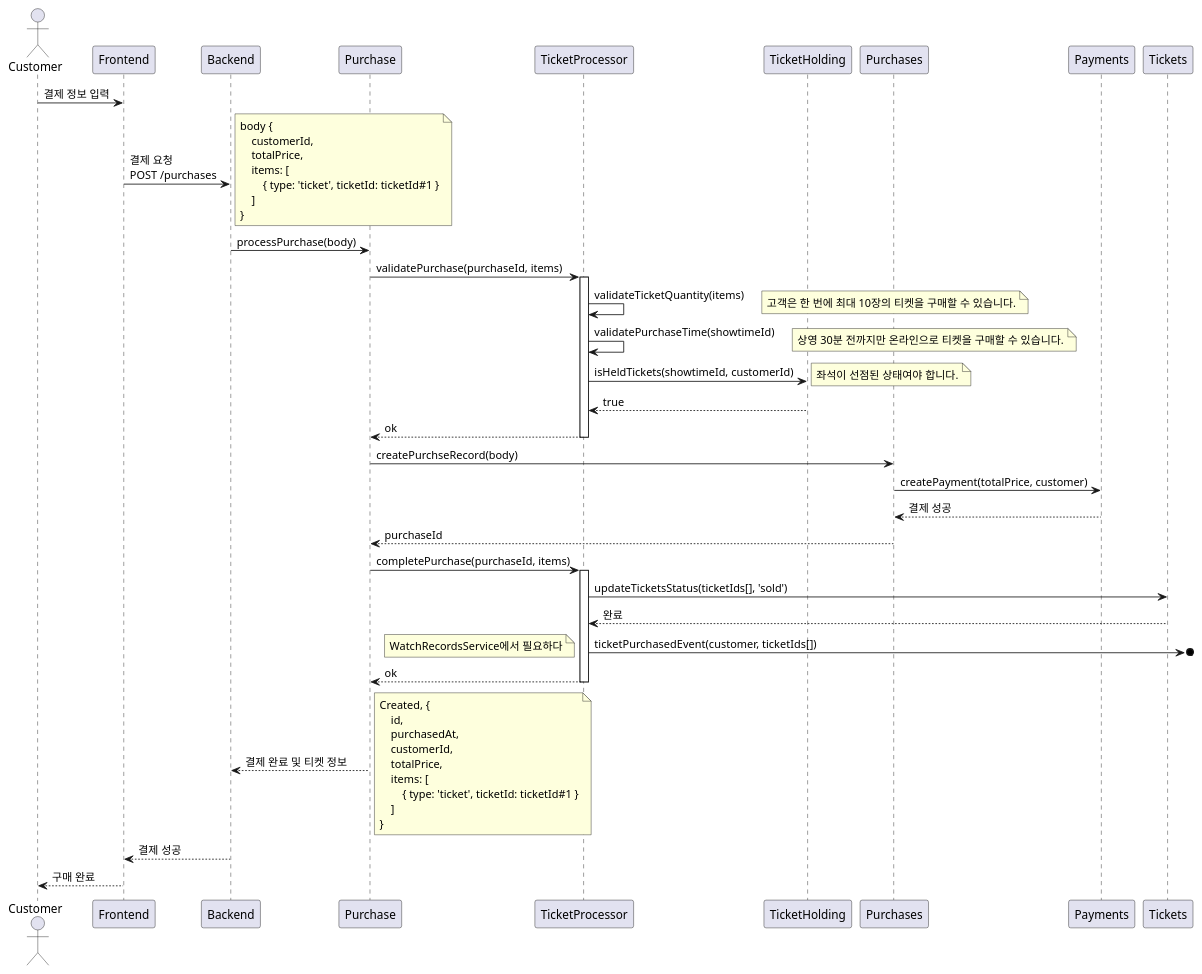
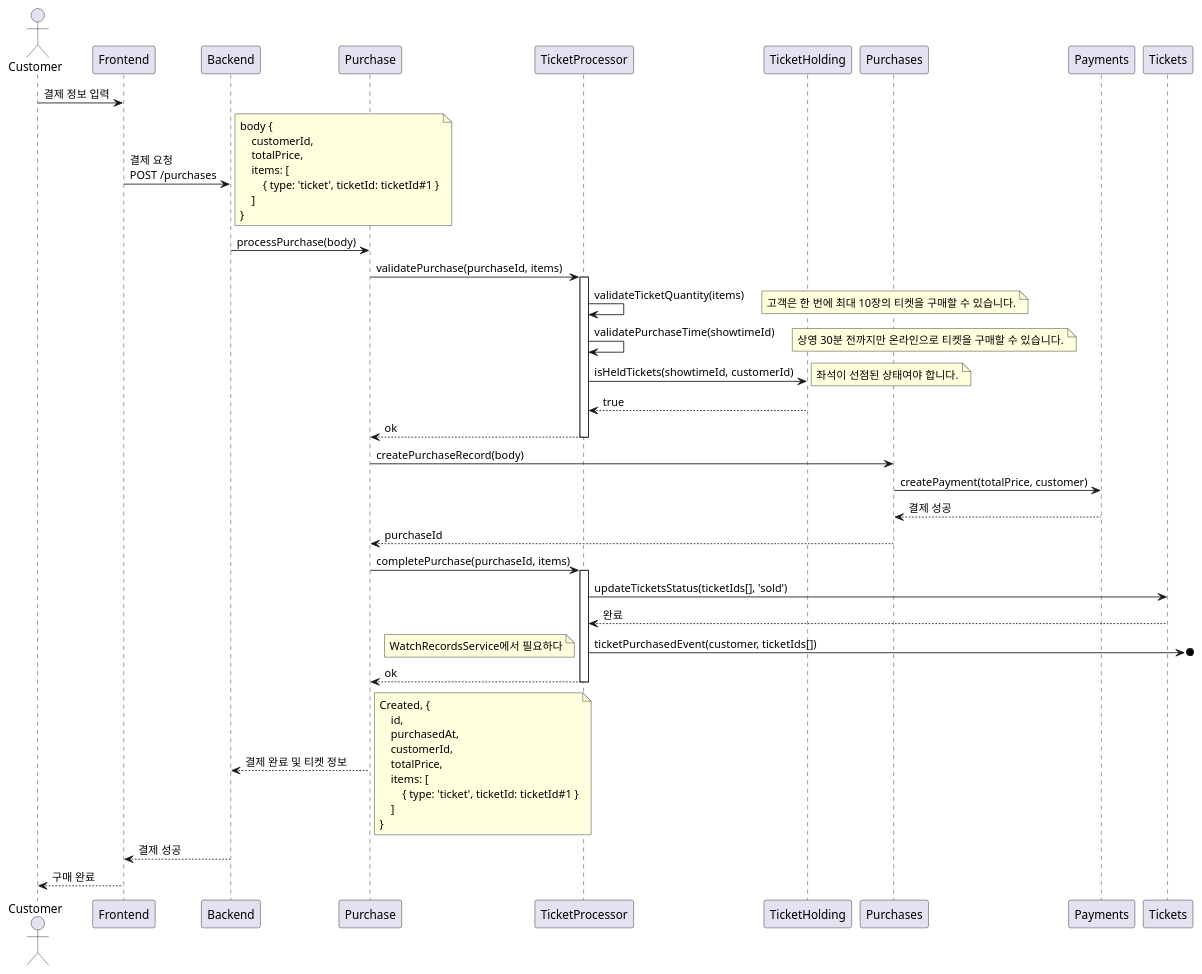
One commit to mannercode/nest-seed changed the fourth of 4 diagrams in docs/en/designs/tickets-purchase.md. Above: the diagram before and after it, drawn with PlantUML. The commit also changed other lines of this file and 9 other files, not shown here.

Commit message:
purchse -> purchase

````diff
--- a/docs/en/designs/tickets-purchase.md
+++ b/docs/en/designs/tickets-purchase.md
@@ -257,58 +257,58 @@
 ```plantuml
 @startuml
 actor Customer
 
 Customer -> Frontend: 결제 정보 입력
     Frontend -> Backend: 결제 요청\nPOST /purchases
     note right
         body {
             customerId,
             totalPrice,
             items: [
                 { type: 'ticket', ticketId: ticketId#1 }
             ]
         }
     end note
         Backend -> Purchase: processPurchase(body)
             Purchase -> TicketProcessor: validatePurchase(purchaseId, items)
             activate TicketProcessor
                 TicketProcessor -> TicketProcessor: validateTicketQuantity(items)
                 note right: 고객은 한 번에 최대 10장의 티켓을 구매할 수 있습니다.
                 TicketProcessor -> TicketProcessor: validatePurchaseTime(showtimeId)
                 note right: 상영 30분 전까지만 온라인으로 티켓을 구매할 수 있습니다.
                 TicketProcessor -> TicketHolding: isHeldTickets(showtimeId, customerId)
                 note right: 좌석이 선점된 상태여야 합니다.
                 TicketProcessor <-- TicketHolding: true
                 return ok
             deactivate TicketProcessor
 
-            Purchase -> Purchases: createPurchseRecord(body)
+            Purchase -> Purchases: createPurchaseRecord(body)
             Purchases -> Payments: createPayment(totalPrice, customer)
             Purchases <-- Payments: 결제 성공
             Purchase <-- Purchases: purchaseId
 
             Purchase -> TicketProcessor: completePurchase(purchaseId, items)
             activate TicketProcessor
                 TicketProcessor -> Tickets: updateTicketsStatus(ticketIds[], 'sold')
                 TicketProcessor <-- Tickets: 완료
                 TicketProcessor ->o]: ticketPurchasedEvent(customer, ticketIds[])
                 note left: WatchRecordsService에서 필요하다
                 return ok
             deactivate TicketProcessor
 
         Backend <-- Purchase: 결제 완료 및 티켓 정보
         note right
             Created, {
                 id,
                 purchasedAt,
                 customerId,
                 totalPrice,
                 items: [
                     { type: 'ticket', ticketId: ticketId#1 }
                 ]
             }
         end note
     Frontend <-- Backend: 결제 성공
 Customer <-- Frontend: 구매 완료
 @enduml
 ```
````
